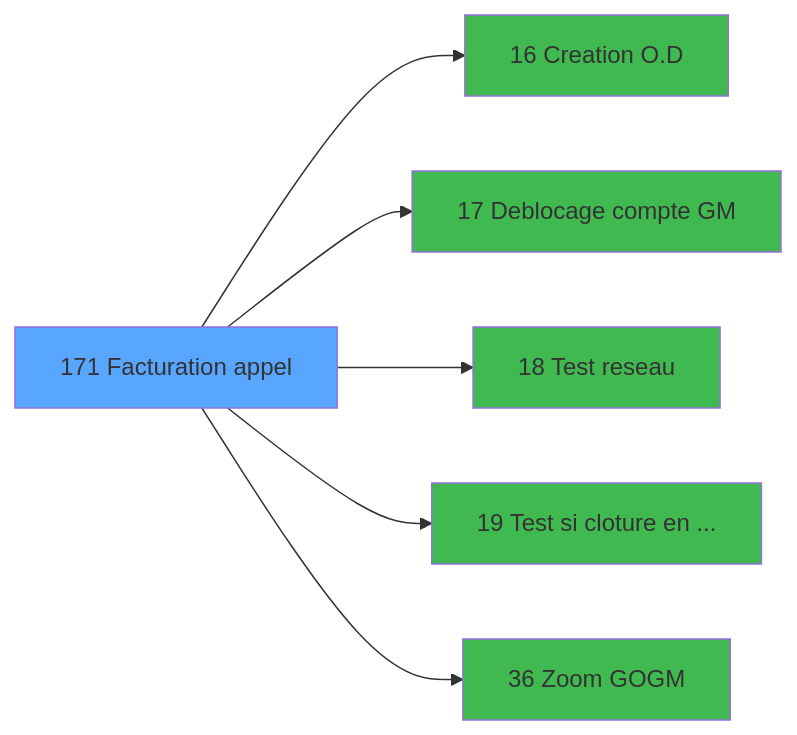
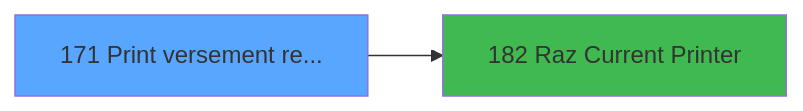
One commit to thonyAGP/lecteur-magic changed the third of 3 diagrams in .openspec/specs/ADH-IDE-171.md. Above: the diagram before and after it, drawn with Mermaid. The commit also changed other lines of this file and 493 other files, not shown here.

````diff
--- a/.openspec/specs/ADH-IDE-171.md
+++ b/.openspec/specs/ADH-IDE-171.md
@@ -389,20 +366,8 @@
 ```mermaid
 graph LR
-    T171[171 Facturation appel]
+    T171[171 Print versement re...]
     style T171 fill:#58a6ff
-    C16[16 Creation O.D]
-    T171 --> C16
-    style C16 fill:#3fb950
-    C17[17 Deblocage compte GM]
-    T171 --> C17
-    style C17 fill:#3fb950
-    C18[18 Test reseau]
-    T171 --> C18
-    style C18 fill:#3fb950
-    C19[19 Test si cloture en ...]
-    T171 --> C19
-    style C19 fill:#3fb950
-    C36[36 Zoom GOGM]
-    T171 --> C36
-    style C36 fill:#3fb950
+    C182[182 Raz Current Printer]
+    T171 --> C182
+    style C182 fill:#3fb950
 ```
````
